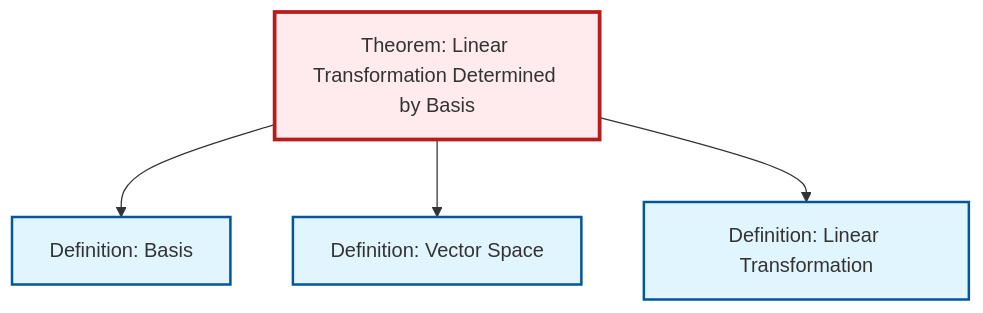
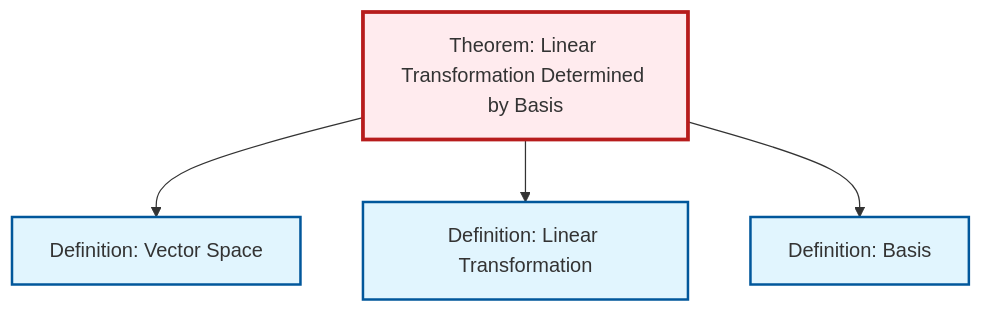
Before and after one commit to RK0429/ModernMath: the diagram in content/en/algebra/thm-linear-transformation-basis.qmd, drawn with Mermaid. The commit also changed other lines of this file and 615 other files, not shown here.

````diff
--- a/content/en/algebra/thm-linear-transformation-basis.qmd
+++ b/content/en/algebra/thm-linear-transformation-basis.qmd
@@ -47,20 +47,20 @@
 ```{mermaid}
 %%| fig-cap: "Local dependency graph"
 graph TD
     classDef definition fill:#e1f5fe,stroke:#01579b,stroke-width:2px
     classDef theorem fill:#f3e5f5,stroke:#4a148c,stroke-width:2px
     classDef axiom fill:#fff3e0,stroke:#e65100,stroke-width:2px
     classDef example fill:#e8f5e9,stroke:#1b5e20,stroke-width:2px
     classDef current fill:#ffebee,stroke:#b71c1c,stroke-width:3px
+    def-linear-transformation["Definition: Linear Transformation"]:::definition
+    def-basis["Definition: Basis"]:::definition
+    def-vector-space["Definition: Vector Space"]:::definition
     thm-linear-transformation-basis["Theorem: Linear Transformation Determined by Basis"]:::theorem
-    def-vector-space["Definition: Vector Space"]:::definition
-    def-basis["Definition: Basis"]:::definition
-    def-linear-transformation["Definition: Linear Transformation"]:::definition
-    thm-linear-transformation-basis --> def-basis
     thm-linear-transformation-basis --> def-vector-space
     thm-linear-transformation-basis --> def-linear-transformation
+    thm-linear-transformation-basis --> def-basis
     class thm-linear-transformation-basis current
+    click def-linear-transformation "def-linear-transformation.html" "Go to Linear Transformation definition"
+    click def-basis "def-basis.html" "Go to Basis definition"
     click def-vector-space "def-vector-space.html" "Go to Vector Space definition"
-    click def-basis "def-basis.html" "Go to Basis definition"
-    click def-linear-transformation "def-linear-transformation.html" "Go to Linear Transformation definition"
 ```
````
